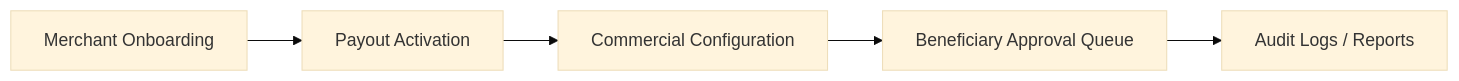
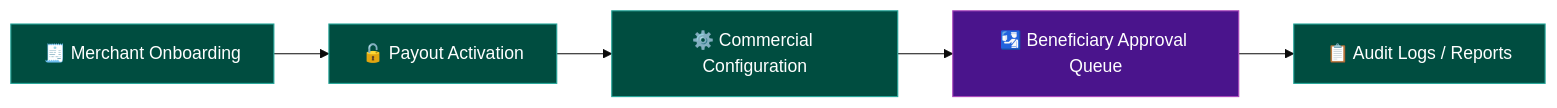
The sixth of 7 diagrams in docs/architecture-and-flow.md (ghanendra-sdet/fintech-payout-engine), drawn with Mermaid (base theme) before and after one commit. The commit also changed other lines of this file, not shown here.

Commit message:
docs: enhance architecture diagrams and generalize cross-repo testing insight

````diff
--- a/docs/architecture-and-flow.md
+++ b/docs/architecture-and-flow.md
@@ -115,6 +154,11 @@
 ```mermaid
 flowchart LR
-    Onboard["Merchant Onboarding"] --> Activate["Payout Activation"] --> Config["Commercial Configuration"]
-    Config --> Queue["Beneficiary Approval Queue"]
-    Queue --> Audit["Audit Logs / Reports"]
+    Onboard["🧾 Merchant Onboarding"] --> Activate["🔓 Payout Activation"] --> Config["⚙️ Commercial Configuration"]
+    Config --> Queue["🛂 Beneficiary Approval Queue"]
+    Queue --> Audit["📋 Audit Logs / Reports"]
+
+    classDef service fill:#004d40,stroke:#26a69a,color:#fff
+    classDef gate fill:#4a148c,stroke:#ab47bc,color:#fff
+    class Onboard,Activate,Config,Audit service
+    class Queue gate
 ```
````
